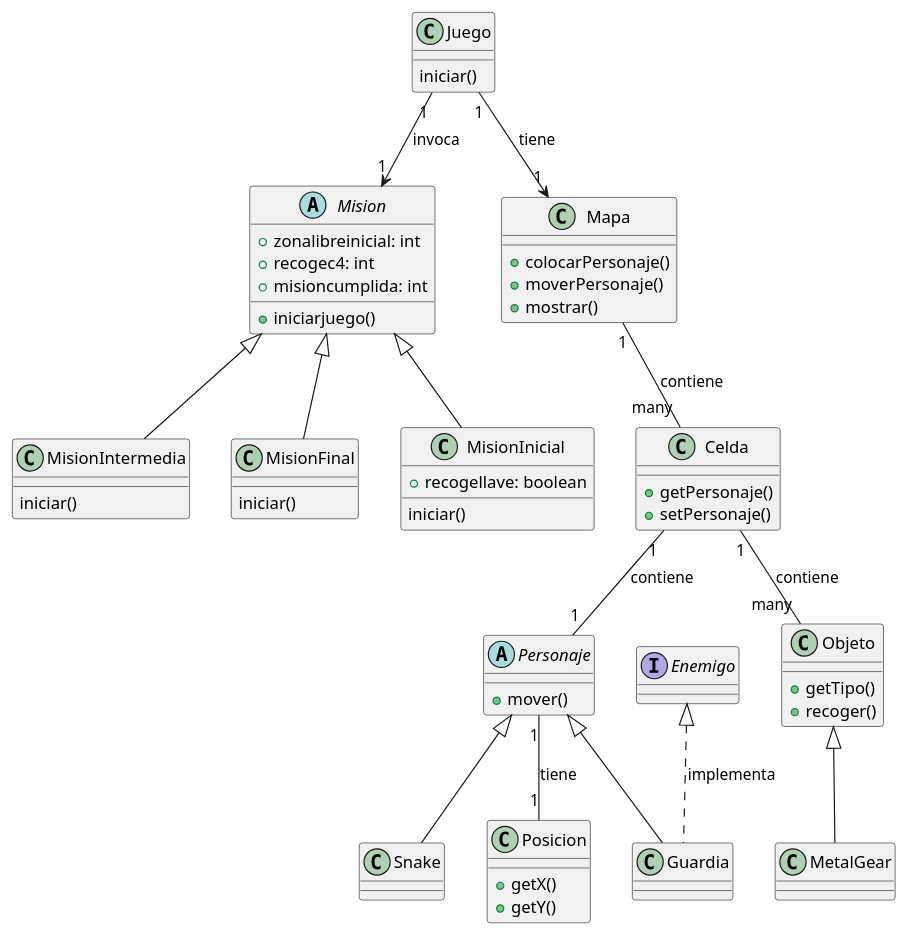
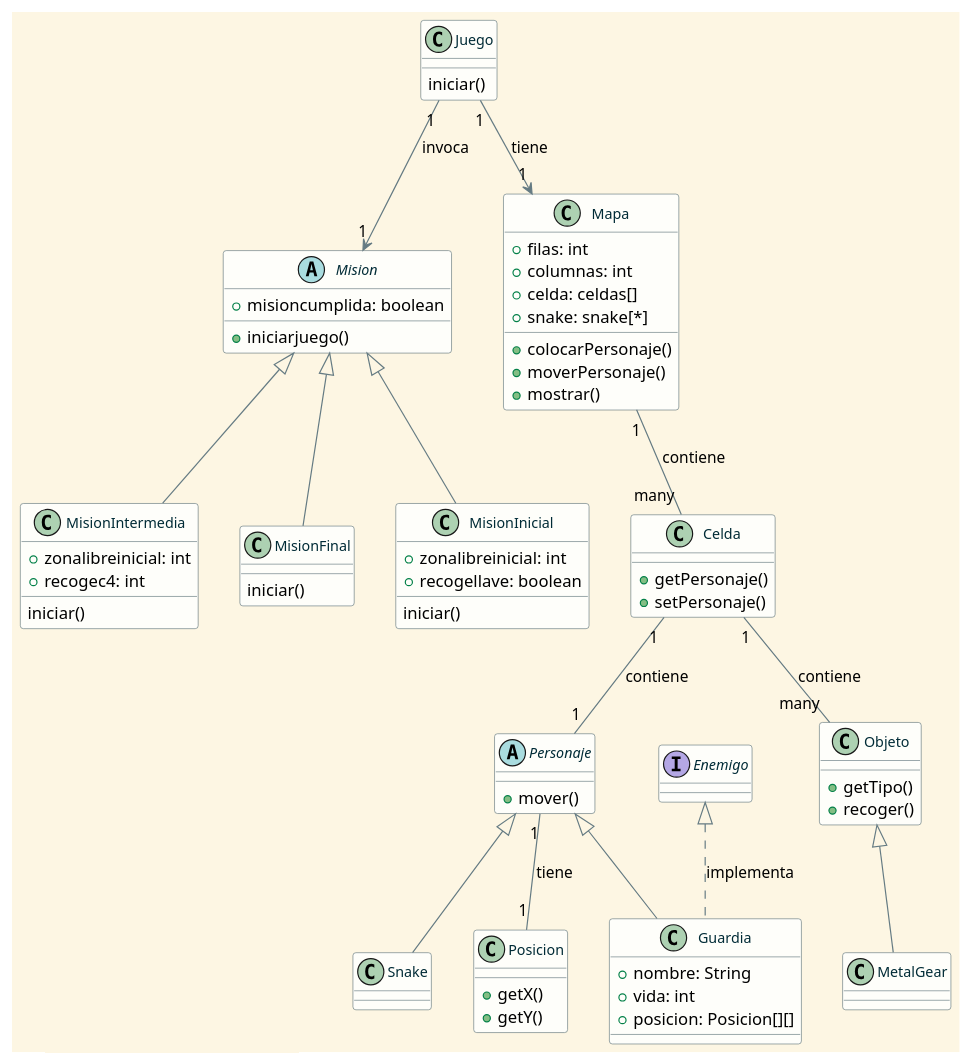
Before and after one commit to walterporta/TP-PBA-01: the diagram in src/Diagrama.plantuml, drawn with PlantUML. The commit also changed 1 other file, not shown here.

Commit message:
subo diagrama umlcon comentarios en el código

```diff
--- a/src/Diagrama.plantuml
+++ b/src/Diagrama.plantuml
@@ -1,87 +1,134 @@
 @startuml
+' Estilo general del fondo y líneas
+skinparam backgroundColor #fdf6e3
+skinparam class {
+    BackgroundColor #fefefa
+    BorderColor #586e75
+    ArrowColor #268bd2
+    FontColor #002b36
+    FontName "Ubuntu"
+    FontSize 12
+    RoundCorner 15
+}
+
+' Estilo para interfaces
+skinparam interface {
+    BackgroundColor #e3f6fd
+    BorderColor #268bd2
+}
+
+' Estilo para clases abstractas
+skinparam class {
+    BackgroundColor<<abstract>> #fceada
+    BorderColor<<abstract>> #cb4b16
+    FontColor<<abstract>> #cb4b16
+}
+
+' Estilo para clases concretas
+skinparam class {
+    BackgroundColor<<concreta>> #e0f8e3
+    BorderColor<<concreta>> #2aa198
+}
+
+' Estilo para relaciones
+skinparam ArrowColor #657b83
 
 ' Definición de las clases y sus miembros
 class Juego {
     iniciar()
 }
 
 abstract class Mision {
-    +zonalibreinicial: int
-    +recogec4: int
-    +misioncumplida: int
+    +misioncumplida: boolean
     +iniciarjuego()
 }
 
 class MisionInicial {
+    +zonalibreinicial: int
     +recogellave: boolean
+    ' la llave sería un item (Objeto)??
     iniciar()
 }
 
 class MisionIntermedia {
+    +zonalibreinicial: int
+    +recogec4: int 
+    ' analizar recogec4 así como el caso de puerta abierta o cerrada
     iniciar()
 }
 
 class MisionFinal {
     iniciar()
 }
 
 class Mapa {
+    + filas: int
+    + columnas: int
+    + celda: celdas[]
+    + snake: snake[*] 
+    ' no se por qué instanciar snake aqui
     +colocarPersonaje()
     +moverPersonaje()
     +mostrar()
 }
 
 class Celda {
     +getPersonaje()
     +setPersonaje()
 }
 
 abstract class Personaje {
     +mover()
 }
-
-class Posicion {
+' Posicion Es una clase o atriburo de personajes e items?
+class Posicion { 
+    
     +getX()
     +getY()
 }
 
 interface Enemigo {
 }
 
 class Guardia {
+    + nombre: String
+    + vida: int
+    + posicion: Posicion[][]
 }
 
 class Snake {
 }
 
 class Objeto {
+    ' objetos posibles: llave? C4? puerta? 
     +getTipo()
-    +recoger()
+    +recoger() 
+' yo quitaría recoger, con el solo hecho de caer en la celda consideraría recodido lo que haya en esa celda
 }
 
 class MetalGear {
 }
 
 ' Definición de las relaciones
 Juego "1" --> "1" Mision : invoca
 Juego "1" --> "1" Mapa : tiene
 
 Mision <|-- MisionInicial
 Mision <|-- MisionIntermedia
 Mision <|-- MisionFinal
 
 Mapa "1" -- "many" Celda : contiene
 
 Celda "1" -- "1" Personaje : contiene
 Celda "1" -- "many" Objeto : contiene
 
 Personaje "1" -- "1" Posicion : tiene
 
 Enemigo <|.. Guardia : implementa
 
 Personaje <|-- Guardia
 Personaje <|-- Snake
 
 Objeto <|-- MetalGear
 
 @enduml
```
